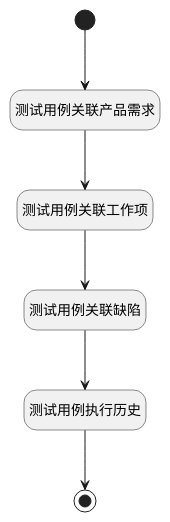
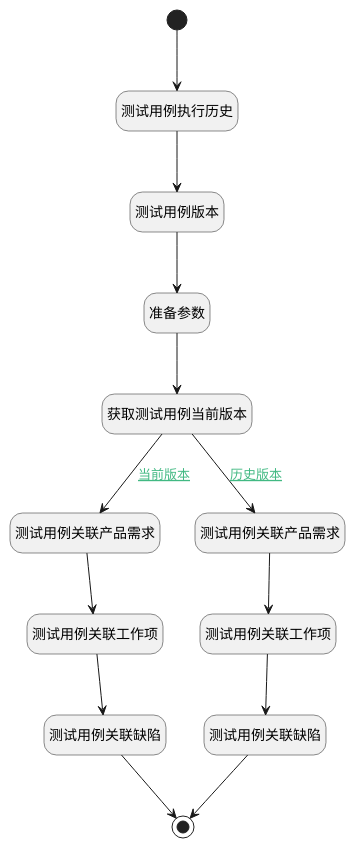
Before and after one commit to iBizLab/plm: the diagram in doc/docsify/module/TestMgmt/test_case/logic/test_case_re_counters.md, drawn with PlantUML. The commit also changed other lines of this file and 2344 other files, not shown here.

````diff
--- a/doc/docsify/module/TestMgmt/test_case/logic/test_case_re_counters.md
+++ b/doc/docsify/module/TestMgmt/test_case/logic/test_case_re_counters.md
@@ -7,27 +7,40 @@
 ```plantuml
 @startuml
 hide empty description
 <style>
 root {
   HyperlinkColor #42b983
 }
 </style>
 
 hide empty description
 state "开始" as Begin <<start>> [[$./test_case_re_counters#begin {"开始"}]]
-state "结束" as END1 <<end>> [[$./test_case_re_counters#end1 {"结束"}]]
 state "测试用例关联产品需求" as RAWSQLCALL1  [[$./test_case_re_counters#rawsqlcall1 {"测试用例关联产品需求"}]]
 state "测试用例关联工作项" as RAWSQLCALL2  [[$./test_case_re_counters#rawsqlcall2 {"测试用例关联工作项"}]]
 state "测试用例关联缺陷" as RAWSQLCALL3  [[$./test_case_re_counters#rawsqlcall3 {"测试用例关联缺陷"}]]
+state "结束" as END1 <<end>> [[$./test_case_re_counters#end1 {"结束"}]]
 state "测试用例执行历史" as RAWSQLCALL4  [[$./test_case_re_counters#rawsqlcall4 {"测试用例执行历史"}]]
+state "测试用例版本" as RAWSQLCALL5  [[$./test_case_re_counters#rawsqlcall5 {"测试用例版本"}]]
+state "准备参数" as PREPAREPARAM1  [[$./test_case_re_counters#prepareparam1 {"准备参数"}]]
+state "获取测试用例当前版本" as DEACTION1  [[$./test_case_re_counters#deaction1 {"获取测试用例当前版本"}]]
+state "测试用例关联产品需求" as RAWSQLCALL6  [[$./test_case_re_counters#rawsqlcall6 {"测试用例关联产品需求"}]]
+state "测试用例关联工作项" as RAWSQLCALL7  [[$./test_case_re_counters#rawsqlcall7 {"测试用例关联工作项"}]]
+state "测试用例关联缺陷" as RAWSQLCALL8  [[$./test_case_re_counters#rawsqlcall8 {"测试用例关联缺陷"}]]
 
 
-Begin --> RAWSQLCALL1
+Begin --> RAWSQLCALL4
+RAWSQLCALL4 --> RAWSQLCALL5
+RAWSQLCALL5 --> PREPAREPARAM1
+PREPAREPARAM1 --> DEACTION1
+DEACTION1 --> RAWSQLCALL1 : [[$./test_case_re_counters#deaction1-rawsqlcall1{当前版本} 当前版本]]
 RAWSQLCALL1 --> RAWSQLCALL2
 RAWSQLCALL2 --> RAWSQLCALL3
-RAWSQLCALL3 --> RAWSQLCALL4
-RAWSQLCALL4 --> END1
+RAWSQLCALL3 --> END1
+DEACTION1 --> RAWSQLCALL6 : [[$./test_case_re_counters#deaction1-rawsqlcall6{历史版本} 历史版本]]
+RAWSQLCALL6 --> RAWSQLCALL7
+RAWSQLCALL7 --> RAWSQLCALL8
+RAWSQLCALL8 --> END1
 
 
 @enduml
 ```
````
